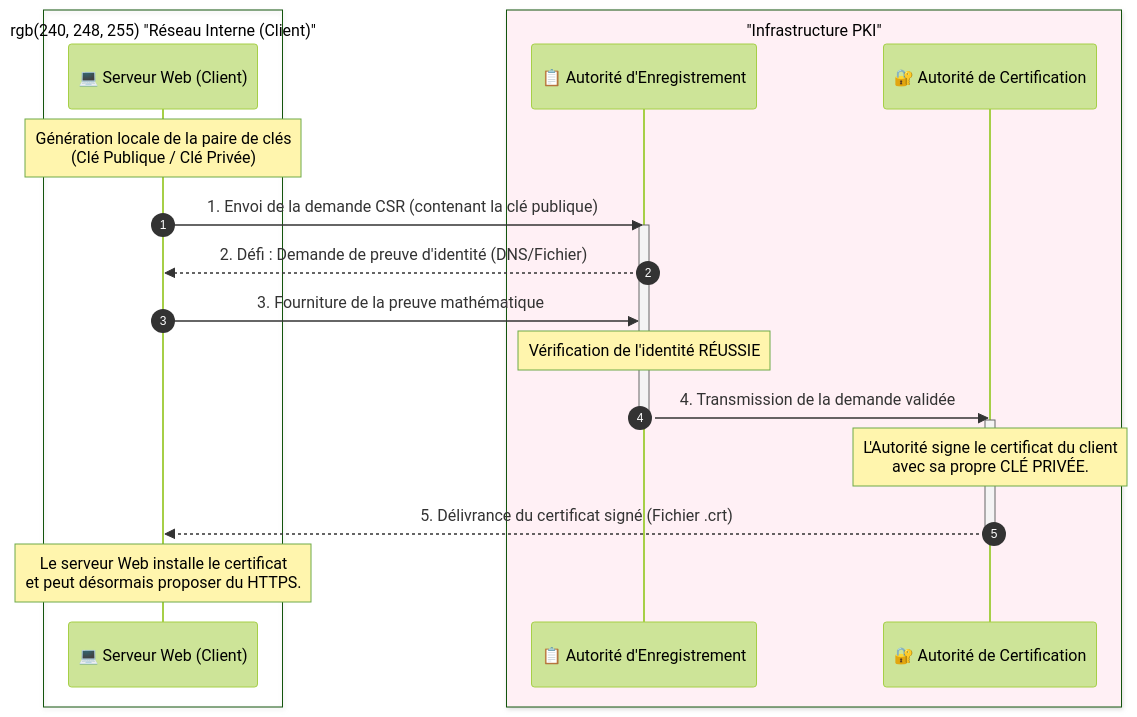
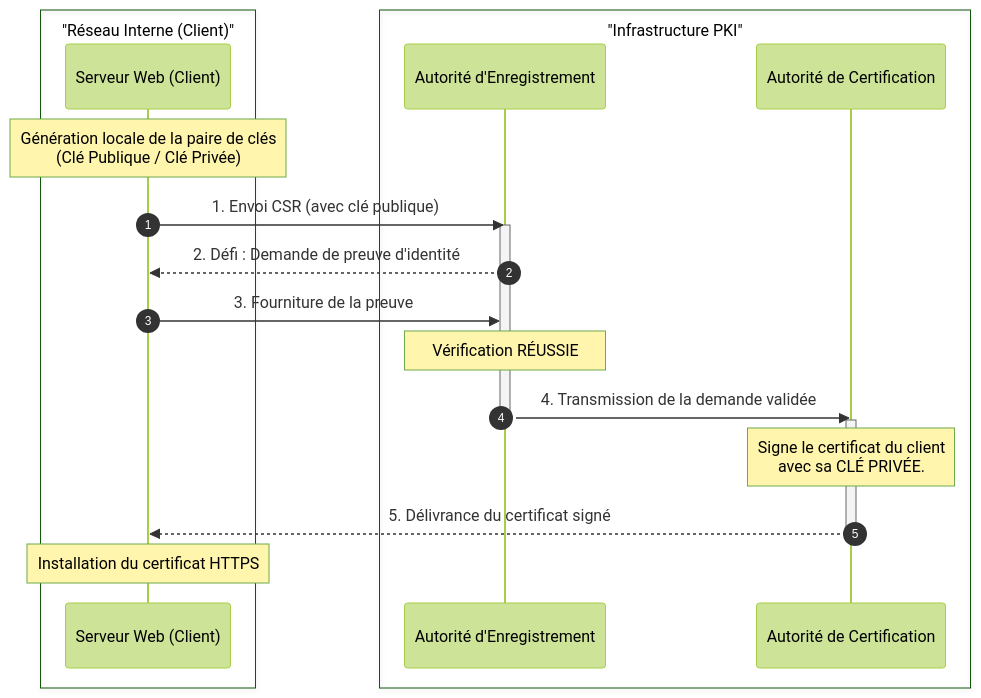
The second of 3 diagrams in docs/01-ressources/pki.md (FireToak/ecocert-docs), drawn with Mermaid (forest theme) before and after one commit. The commit also changed other lines of this file, not shown here.

Commit message:
docs: correction de la syntaxe Mermaid (espaces dans les ID, emojis, couleurs des box)

````diff
--- a/docs/01-ressources/pki.md
+++ b/docs/01-ressources/pki.md
@@ -116,30 +109,30 @@
 ```mermaid
 sequenceDiagram
     autonumber
     
-    box rgb(240, 248, 255) "Réseau Interne (Client)"
-        participant C as 💻 Serveur Web (Client)
+    box "Réseau Interne (Client)"
+        participant C as Serveur Web (Client)
     end
     
-    box rgb(255, 240, 245) "Infrastructure PKI"
-        participant RA as 📋 Autorité d'Enregistrement
-        participant CA as 🔐 Autorité de Certification
+    box "Infrastructure PKI"
+        participant RA as Autorité d'Enregistrement
+        participant CA as Autorité de Certification
     end
 
     Note over C: Génération locale de la paire de clés<br/>(Clé Publique / Clé Privée)
-    C->>RA: 1. Envoi de la demande CSR (contenant la clé publique)
+    C->>RA: 1. Envoi CSR (avec clé publique)
     
     activate RA
-    RA-->>C: 2. Défi : Demande de preuve d'identité (DNS/Fichier)
-    C->>RA: 3. Fourniture de la preuve mathématique
-    Note over RA: Vérification de l'identité RÉUSSIE
+    RA-->>C: 2. Défi : Demande de preuve d'identité
+    C->>RA: 3. Fourniture de la preuve
+    Note over RA: Vérification RÉUSSIE
     RA->>CA: 4. Transmission de la demande validée
     deactivate RA
     
     activate CA
-    Note over CA: L'Autorité signe le certificat du client<br/>avec sa propre CLÉ PRIVÉE.
-    CA-->>C: 5. Délivrance du certificat signé (Fichier .crt)
+    Note over CA: Signe le certificat du client<br/>avec sa CLÉ PRIVÉE.
+    CA-->>C: 5. Délivrance du certificat signé
     deactivate CA
     
-    Note over C: Le serveur Web installe le certificat<br/>et peut désormais proposer du HTTPS.
+    Note over C: Installation du certificat HTTPS
 ```
````
